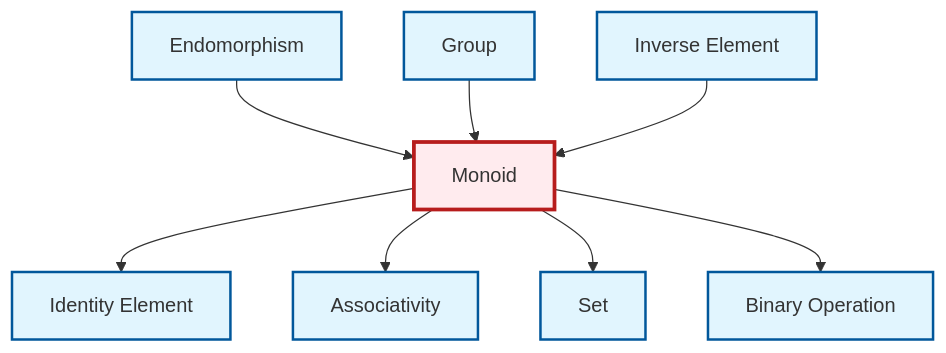
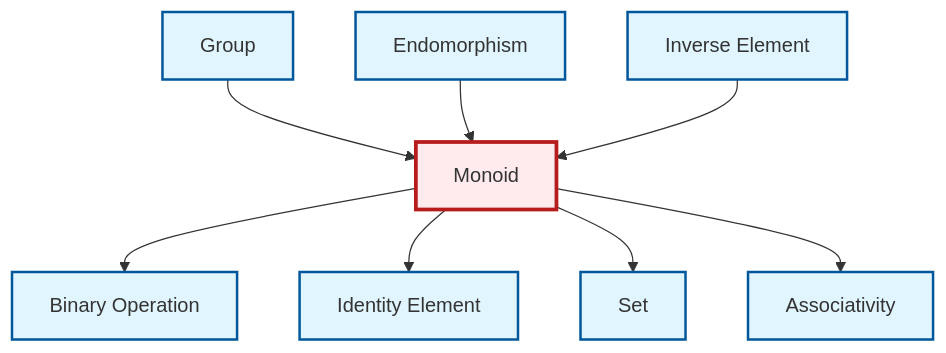
The diagram in output/mermaid/en/def-monoid.mermaid (RK0429/ModernMath), drawn with Mermaid before and after one commit. The commit also changed other lines of this file and 3102 other files, not shown here.

```diff
--- a/output/mermaid/en/def-monoid.mermaid
+++ b/output/mermaid/en/def-monoid.mermaid
@@ -1,22 +1,22 @@
 graph TD
     classDef definition fill:#e1f5fe,stroke:#01579b,stroke-width:2px
     classDef theorem fill:#f3e5f5,stroke:#4a148c,stroke-width:2px
     classDef axiom fill:#fff3e0,stroke:#e65100,stroke-width:2px
     classDef example fill:#e8f5e9,stroke:#1b5e20,stroke-width:2px
     classDef current fill:#ffebee,stroke:#b71c1c,stroke-width:3px
+    def-group["Group"]:::definition
+    def-binary-operation["Binary Operation"]:::definition
+    def-inverse-element["Inverse Element"]:::definition
+    def-endomorphism["Endomorphism"]:::definition
+    def-monoid["Monoid"]:::definition
+    def-identity-element["Identity Element"]:::definition
+    def-set["Set"]:::definition
     def-associativity["Associativity"]:::definition
-    def-monoid["Monoid"]:::definition
-    def-group["Group"]:::definition
-    def-identity-element["Identity Element"]:::definition
-    def-endomorphism["Endomorphism"]:::definition
-    def-binary-operation["Binary Operation"]:::definition
-    def-set["Set"]:::definition
-    def-inverse-element["Inverse Element"]:::definition
+    def-monoid --> def-binary-operation
     def-monoid --> def-identity-element
+    def-group --> def-monoid
+    def-monoid --> def-set
     def-endomorphism --> def-monoid
-    def-group --> def-monoid
     def-monoid --> def-associativity
     def-inverse-element --> def-monoid
-    def-monoid --> def-set
-    def-monoid --> def-binary-operation
     class def-monoid current
```
